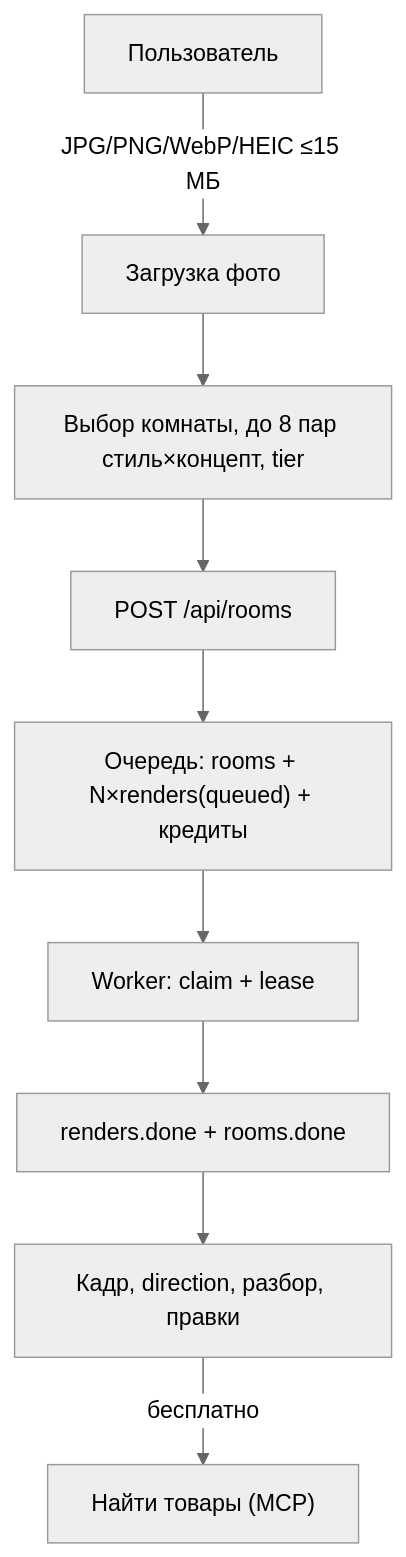
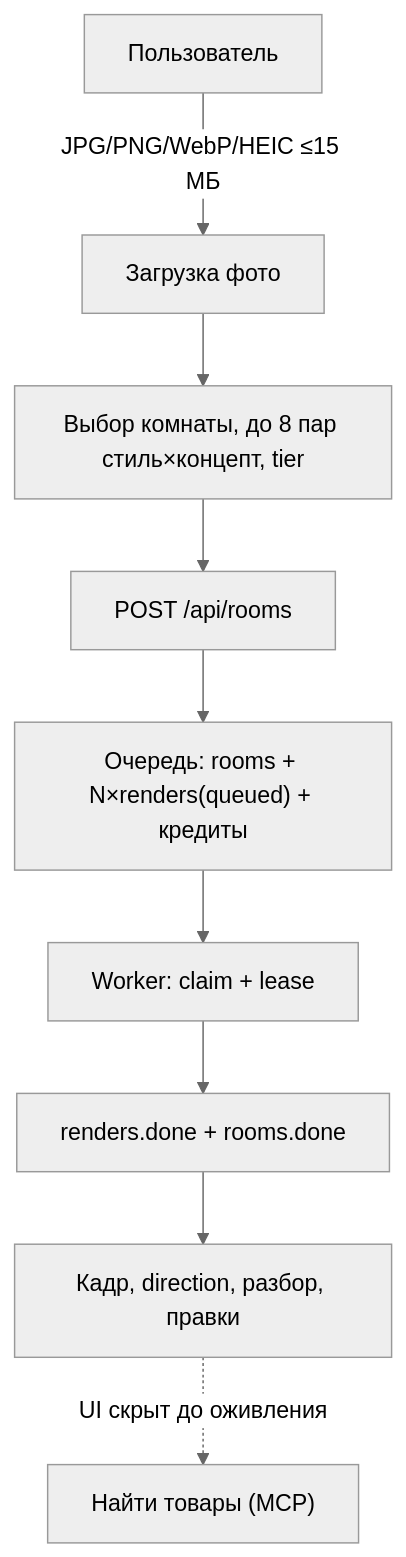
Before and after one commit to oblacko/remontvision: the first of 2 diagrams in docs/GENERATION-FLOW.md, drawn with Mermaid (neutral theme). The commit also changed other lines of this file and 17 other files, not shown here.

````diff
--- a/docs/GENERATION-FLOW.md
+++ b/docs/GENERATION-FLOW.md
@@ -7,11 +7,11 @@
 ```mermaid
 flowchart TD
   U["Пользователь"] -->|"JPG/PNG/WebP/HEIC ≤15 МБ"| UP["Загрузка фото"]
   UP --> GEN["Выбор комнаты, до 8 пар стиль×концепт, tier"]
   GEN --> API["POST /api/rooms"]
   API --> Q["Очередь: rooms + N×renders(queued) + кредиты"]
   Q --> W["Worker: claim + lease"]
   W --> DONE["renders.done + rooms.done"]
   DONE --> RESULT["Кадр, direction, разбор, правки"]
-  RESULT -->|"бесплатно"| PROC["Найти товары (MCP)"]
+  RESULT -.->|"UI скрыт до оживления"| PROC["Найти товары (MCP)"]
 ```
````
